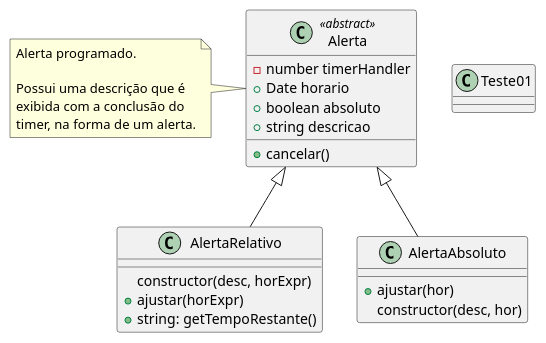
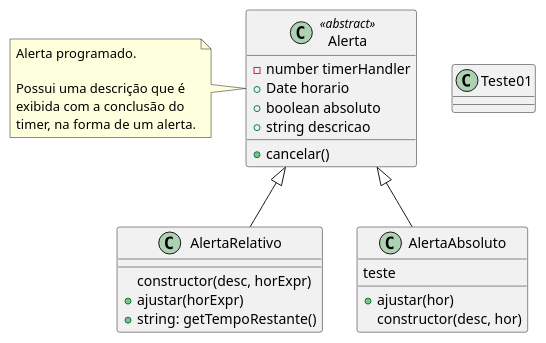
The diagram in classes.puml (ruipimentel/plantuml-demo), drawn with PlantUML before and after one commit.

Commit message:
alterado

```diff
--- a/classes.puml
+++ b/classes.puml
@@ -1,30 +1,31 @@
 @startuml "Classes"
 
 top to bottom direction
 
 class Alerta <<abstract>> {
   - number timerHandler
   + Date horario
   + boolean absoluto
   + string descricao
   + cancelar()
 }
 note left of Alerta : Alerta programado.\n\nPossui uma descrição que é\nexibida com a conclusão do\ntimer, na forma de um alerta.
 
 class AlertaRelativo {
   constructor(desc, horExpr)
   + ajustar(horExpr)
   + string: getTempoRestante()
 }
 
 class AlertaAbsoluto {
+  teste
   + ajustar(hor)
   constructor(desc, hor)
 }
 
 Alerta <|-- AlertaRelativo
 Alerta <|-- AlertaAbsoluto
 
 class Teste01
 
 @enduml
```
